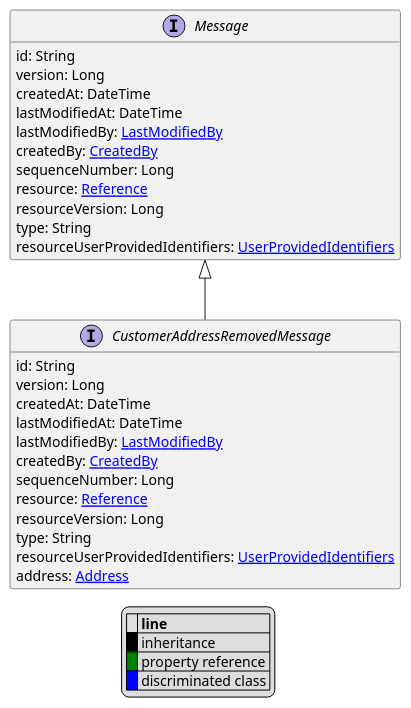
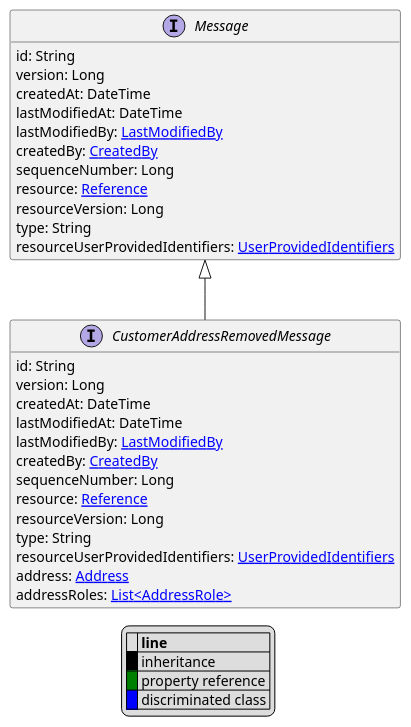
One commit to commercetools/commercetools-api-reference changed the diagram in uml/api/CustomerAddressRemovedMessage.puml. Above: the diagram before and after it, drawn with PlantUML. The commit also changed 58 other files, not shown here.

```diff
--- a/uml/api/CustomerAddressRemovedMessage.puml
+++ b/uml/api/CustomerAddressRemovedMessage.puml
@@ -1,43 +1,44 @@
 @startuml
 
 hide empty fields
 hide empty methods
 legend
 |= |= line |
 |<back:black>   </back>| inheritance |
 |<back:green>   </back>| property reference |
 |<back:blue>   </back>| discriminated class |
 endlegend
 interface CustomerAddressRemovedMessage [[CustomerAddressRemovedMessage.svg]] extends Message {
     id: String
     version: Long
     createdAt: DateTime
     lastModifiedAt: DateTime
     lastModifiedBy: [[LastModifiedBy.svg LastModifiedBy]]
     createdBy: [[CreatedBy.svg CreatedBy]]
     sequenceNumber: Long
     resource: [[Reference.svg Reference]]
     resourceVersion: Long
     type: String
     resourceUserProvidedIdentifiers: [[UserProvidedIdentifiers.svg UserProvidedIdentifiers]]
     address: [[Address.svg Address]]
+    addressRoles: [[AddressRole.svg List<AddressRole>]]
 }
 interface Message [[Message.svg]]  {
     id: String
     version: Long
     createdAt: DateTime
     lastModifiedAt: DateTime
     lastModifiedBy: [[LastModifiedBy.svg LastModifiedBy]]
     createdBy: [[CreatedBy.svg CreatedBy]]
     sequenceNumber: Long
     resource: [[Reference.svg Reference]]
     resourceVersion: Long
     type: String
     resourceUserProvidedIdentifiers: [[UserProvidedIdentifiers.svg UserProvidedIdentifiers]]
 }
 
 
 
 
 
 @enduml
```
